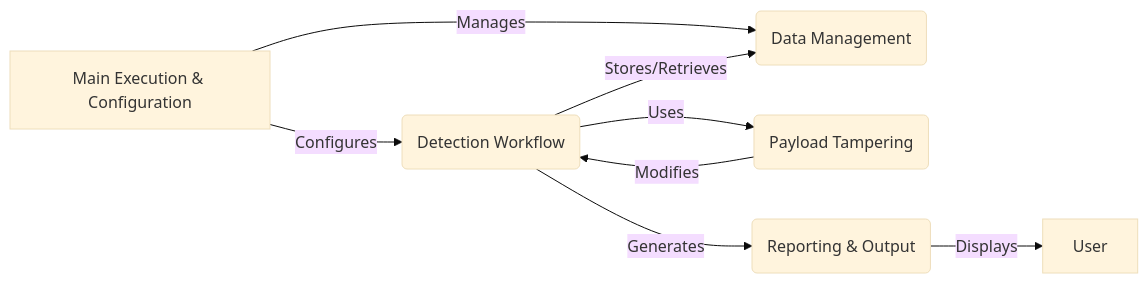
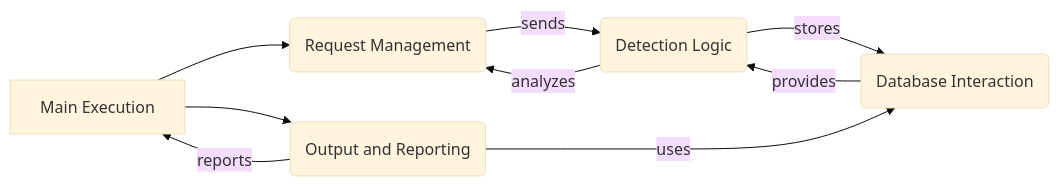
Before and after one commit to CodeBoarding/GeneratedOnBoardings: the diagram in WhatWaf/on_boarding.md, drawn with Mermaid (base theme). The commit also changed other lines of this file and 10 other files, not shown here.

````diff
--- a/WhatWaf/on_boarding.md
+++ b/WhatWaf/on_boarding.md
@@ -5,10 +5,3192 @@
 ```mermaid
 graph LR
-    A[Main Execution & Configuration] -- Configures --> B(Detection Workflow)
-    A -- Manages --> C(Data Management)
-    B -- Uses --> D(Payload Tampering)
-    B -- Stores/Retrieves --> C
-    B -- Generates --> E(Reporting & Output)
-    D -- Modifies --> B
-    E -- Displays --> User
+    A[Main Execution] --> B(Request Management) 
+    A --> E(Output and Reporting)
+    B -- "sends" --> C(Detection Logic)
+    C -- "analyzes" --> B
+    C -- "stores" --> D(Database Interaction)
+    D -- "provides" --> C
+    E -- "uses" --> D
+    E -- "reports" --> A
+
+
+
+
+
+
+
+
+
+
+
+
+
+
+
+
+
+
+
+
+
+
+
+
+
+
+
+
+
+
+
+
+
+
+
+
+
+
+
+
+
+
+
+
+
+
+
+
+
+
+
+
+
+
+
+
+
+
+
+
+
+
+
+
+
+
+
+
+
+
+
+
+
+
+
+
+
+
+
+
+
+
+
+
+
+
+
+
+
+
+
+
+
+
+
+
+
+
+
+
+
+
+
+
+
+
+
+
+
+
+
+
+
+
+
+
+
+
+
+
+
+
+
+
+
+
+
+
+
+
+
+
+
+
+
+
+
+
+
+
+
+
+
+
+
+
+
+
+
+
+
+
+
+
+
+
+
+
+
+
+
+
+
+
+
+
+
+
+
+
+
+
+
+
+
+
+
+
+
+
+
+
+
+
+
+
+
+
+
+
+
+
+
+
+
+
+
+
+
+
+
+
+
+
+
+
+
+
+
+
+
+
+
+
+
+
+
+
+
+
+
+
+
+
+
+
+
+
+
+
+
+
+
+
+
+
+
+
+
+
+
+
+
+
+
+
+
+
+
+
+
+
+
+
+
+
+
+
+
+
+
+
+
+
+
+
+
+
+
+
+
+
+
+
+
+
+
+
+
+
+
+
+
+
+
+
+
+
+
+
+
+
+
+
+
+
+
+
+
+
+
+
+
+
+
+
+
+
+
+
+
+
+
+
+
+
+
+
+
+
+
+
+
+
+
+
+
+
+
+
+
+
+
+
+
+
+
+
+
+
+
+
+
+
+
+
+
+
+
+
+
+
+
+
+
+
+
+
+
+
+
+
+
+
+
+
+
+
+
+
+
+
+
+
+
+
+
+
+
+
+
+
+
+
+
+
+
+
+
+
+
+
+
+
+
+
+
+
+
+
+
+
+
+
+
+
+
+
+
+
+
+
+
+
+
+
+
+
+
+
+
+
+
+
+
+
+
+
+
+
+
+
+
+
+
+
+
+
+
+
+
+
+
+
+
+
+
+
+
+
+
+
+
+
+
+
+
+
+
+
+
+
+
+
+
+
+
+
+
+
+
+
+
+
+
+
+
+
+
+
+
+
+
+
+
+
+
+
+
+
+
+
+
+
+
+
+
+
+
+
+
+
+
+
+
+
+
+
+
+
+
+
+
+
+
+
+
+
+
+
+
+
+
+
+
+
+
+
+
+
+
+
+
+
+
+
+
+
+
+
+
+
+
+
+
+
+
+
+
+
+
+
+
+
+
+
+
+
+
+
+
+
+
+
+
+
+
+
+
+
+
+
+
+
+
+
+
+
+
+
+
+
+
+
+
+
+
+
+
+
+
+
+
+
+
+
+
+
+
+
+
+
+
+
+
+
+
+
+
+
+
+
+
+
+
+
+
+
+
+
+
+
+
+
+
+
+
+
+
+
+
+
+
+
+
+
+
+
+
+
+
+
+
+
+
+
+
+
+
+
+
+
+
+
+
+
+
+
+
+
+
+
+
+
+
+
+
+
+
+
+
+
+
+
+
+
+
+
+
+
+
+
+
+
+
+
+
+
+
+
+
+
+
+
+
+
+
+
+
+
+
+
+
+
+
+
+
+
+
+
+
+
+
+
+
+
+
+
+
+
+
+
+
+
+
+
+
+
+
+
+
+
+
+
+
+
+
+
+
+
+
+
+
+
+
+
+
+
+
+
+
+
+
+
+
+
+
+
+
+
+
+
+
+
+
+
+
+
+
+
+
+
+
+
+
+
+
+
+
+
+
+
+
+
+
+
+
+
+
+
+
+
+
+
+
+
+
+
+
+
+
+
+
+
+
+
+
+
+
+
+
+
+
+
+
+
+
+
+
+
+
+
+
+
+
+
+
+
+
+
+
+
+
+
+
+
+
+
+
+
+
+
+
+
+
+
+
+
+
+
+
+
+
+
+
+
+
+
+
+
+
+
+
+
+
+
+
+
+
+
+
+
+
+
+
+
+
+
+
+
+
+
+
+
+
+
+
+
+
+
+
+
+
+
+
+
+
+
+
+
+
+
+
+
+
+
+
+
+
+
+
+
+
+
+
+
+
+
+
+
+
+
+
+
+
+
+
+
+
+
+
+
+
+
+
+
+
+
+
+
+
+
+
+
+
+
+
+
+
+
+
+
+
+
+
+
+
+
+
+
+
+
+
+
+
+
+
+
+
+
+
+
+
+
+
+
+
+
+
+
+
+
+
+
+
+
+
+
+
+
+
+
+
+
+
+
+
+
+
+
+
+
+
+
+
+
+
+
+
+
+
+
+
+
+
+
+
+
+
+
+
+
+
+
+
+
+
+
+
+
+
+
+
+
+
+
+
+
+
+
+
+
+
+
+
+
+
+
+
+
+
+
+
+
+
+
+
+
+
+
+
+
+
+
+
+
+
+
+
+
+
+
+
+
+
+
+
+
+
+
+
+
+
+
+
+
+
+
+
+
+
+
+
+
+
+
+
+
+
+
+
+
+
+
+
+
+
+
+
+
+
+
+
+
+
+
+
+
+
+
+
+
+
+
+
+
+
+
+
+
+
+
+
+
+
+
+
+
+
+
+
+
+
+
+
+
+
+
+
+
+
+
+
+
+
+
+
+
+
+
+
+
+
+
+
+
+
+
+
+
+
+
+
+
+
+
+
+
+
+
+
+
+
+
+
+
+
+
+
+
+
+
+
+
+
+
+
+
+
+
+
+
+
+
+
+
+
+
+
+
+
+
+
+
+
+
+
+
+
+
+
+
+
+
+
+
+
+
+
+
+
+
+
+
+
+
+
+
+
+
+
+
+
+
+
+
+
+
+
+
+
+
+
+
+
+
+
+
+
+
+
+
+
+
+
+
+
+
+
+
+
+
+
+
+
+
+
+
+
+
+
+
+
+
+
+
+
+
+
+
+
+
+
+
+
+
+
+
+
+
+
+
+
+
+
+
+
+
+
+
+
+
+
+
+
+
+
+
+
+
+
+
+
+
+
+
+
+
+
+
+
+
+
+
+
+
+
+
+
+
+
+
+
+
+
+
+
+
+
+
+
+
+
+
+
+
+
+
+
+
+
+
+
+
+
+
+
+
+
+
+
+
+
+
+
+
+
+
+
+
+
+
+
+
+
+
+
+
+
+
+
+
+
+
+
+
+
+
+
+
+
+
+
+
+
+
+
+
+
+
+
+
+
+
+
+
+
+
+
+
+
+
+
+
+
+
+
+
+
+
+
+
+
+
+
+
+
+
+
+
+
+
+
+
+
+
+
+
+
+
+
+
+
+
+
+
+
+
+
+
+
+
+
+
+
+
+
+
+
+
+
+
+
+
+
+
+
+
+
+
+
+
+
+
+
+
+
+
+
+
+
+
+
+
+
+
+
+
+
+
+
+
+
+
+
+
+
+
+
+
+
+
+
+
+
+
+
+
+
+
+
+
+
+
+
+
+
+
+
+
+
+
+
+
+
+
+
+
+
+
+
+
+
+
+
+
+
+
+
+
+
+
+
+
+
+
+
+
+
+
+
+
+
+
+
+
+
+
+
+
+
+
+
+
+
+
+
+
+
+
+
+
+
+
+
+
+
+
+
+
+
+
+
+
+
+
+
+
+
+
+
+
+
+
+
+
+
+
+
+
+
+
+
+
+
+
+
+
+
+
+
+
+
+
+
+
+
+
+
+
+
+
+
+
+
+
+
+
+
+
+
+
+
+
+
+
+
+
+
+
+
+
+
+
+
+
+
+
+
+
+
+
+
+
+
+
+
+
+
+
+
+
+
+
+
+
+
+
+
+
+
+
+
+
+
+
+
+
+
+
+
+
+
+
+
+
+
+
+
+
+
+
+
+
+
+
+
+
+
+
+
+
+
+
+
+
+
+
+
+
+
+
+
+
+
+
+
+
+
+
+
+
+
+
+
+
+
+
+
+
+
+
+
+
+
+
+
+
+
+
+
+
+
+
+
+
+
+
+
+
+
+
+
+
+
+
+
+
+
+
+
+
+
+
+
+
+
+
+
+
+
+
+
+
+
+
+
+
+
+
+
+
+
+
+
+
+
+
+
+
+
+
+
+
+
+
+
+
+
+
+
+
+
+
+
+
+
+
+
+
+
+
+
+
+
+
+
+
+
+
+
+
+
+
+
+
+
+
+
+
+
+
+
+
+
+
+
+
+
+
+
+
+
+
+
+
+
+
+
+
+
+
+
+
+
+
+
+
+
+
+
+
+
+
+
+
+
+
+
+
+
+
+
+
+
+
+
+
+
+
+
+
+
+
+
+
+
+
+
+
+
+
+
+
+
+
+
+
+
+
+
+
+
+
+
+
+
+
+
+
+
+
+
+
+
+
+
+
+
+
+
+
+
+
+
+
+
+
+
+
+
+
+
+
+
+
+
+
+
+
+
+
+
+
+
+
+
+
+
+
+
+
+
+
+
+
+
+
+
+
+
+
+
+
+
+
+
+
+
+
+
+
+
+
+
+
+
+
+
+
+
+
+
+
+
+
+
+
+
+
+
+
+
+
+
+
+
+
+
+
+
+
+
+
+
+
+
+
+
+
+
+
+
+
+
+
+
+
+
+
+
+
+
+
+
+
+
+
+
+
+
+
+
+
+
+
+
+
+
+
+
+
+
+
+
+
+
+
+
+
+
+
+
+
+
+
+
+
+
+
+
+
+
+
+
+
+
+
+
+
+
+
+
+
+
+
+
+
+
+
+
+
+
+
+
+
+
+
+
+
+
+
+
+
+
+
+
+
+
+
+
+
+
+
+
+
+
+
+
+
+
+
+
+
+
+
+
+
+
+
+
+
+
+
+
+
+
+
+
+
+
+
+
+
+
+
+
+
+
+
+
+
+
+
+
+
+
+
+
+
+
+
+
+
+
+
+
+
+
+
+
+
+
+
+
+
+
+
+
+
+
+
+
+
+
+
+
+
+
+
+
+
+
+
+
+
+
+
+
+
+
+
+
+
+
+
+
+
+
+
+
+
+
+
+
+
+
+
+
+
+
+
+
+
+
+
+
+
+
+
+
+
+
+
+
+
+
+
+
+
+
+
+
+
+
+
+
+
+
+
+
+
+
+
+
+
+
+
+
+
+
+
+
+
+
+
+
+
+
+
+
+
+
+
+
+
+
+
+
+
+
+
+
+
+
+
+
+
+
+
+
+
+
+
+
+
+
+
+
+
+
+
+
+
+
+
+
+
+
+
+
+
+
+
+
+
+
+
+
+
+
+
+
+
+
+
+
+
+
+
+
+
+
+
+
+
+
+
+
+
+
+
+
+
+
+
+
+
+
+
+
+
+
+
+
+
+
+
+
+
+
+
+
+
+
+
+
+
+
+
+
+
+
+
+
+
+
+
+
+
+
+
+
+
+
+
+
+
+
+
+
+
+
+
+
+
+
+
+
+
+
+
+
+
+
+
+
+
+
+
+
+
+
+
+
+
+
+
+
+
+
+
+
+
+
+
+
+
+
+
+
+
+
+
+
+
+
+
+
+
+
+
+
+
+
+
+
+
+
+
+
+
+
+
+
+
+
+
+
+
+
+
+
+
+
+
+
+
+
+
+
+
+
+
+
+
+
+
+
+
+
+
+
+
+
+
+
+
+
+
+
+
+
+
+
+
+
+
+
+
+
+
+
+
+
+
+
+
+
+
+
+
+
+
+
+
+
+
+
+
+
+
+
+
+
+
+
+
+
+
+
+
+
+
+
+
+
+
+
+
+
+
+
+
+
+
+
+
+
+
+
+
+
+
+
+
+
+
+
+
+
+
+
+
+
+
+
+
+
+
+
+
+
+
+
+
+
+
+
+
+
+
+
+
+
+
+
+
+
+
+
+
+
+
+
+
+
+
+
+
+
+
+
+
+
+
+
+
+
+
+
+
+
+
+
+
+
+
+
+
+
+
+
+
+
+
+
+
+
+
+
+
+
+
+
+
+
+
+
+
+
+
+
+
+
+
+
+
+
+
+
+
+
+
+
+
+
+
+
+
+
+
+
+
+
+
+
+
+
+
+
+
+
+
+
+
+
+
+
+
+
+
+
+
+
+
+
+
+
+
+
+
+
+
+
+
+
+
+
+
+
+
+
+
+
+
+
+
+
+
+
+
+
+
+
+
+
+
+
+
+
+
+
+
+
+
+
+
+
+
+
+
+
+
+
+
+
+
+
+
+
+
+
+
+
+
+
+
+
+
+
+
+
+
+
+
+
+
+
+
+
+
+
+
+
+
+
+
+
+
+
+
+
+
+
+
+
+
+
+
+
+
+
+
+
+
+
+
+
+
+
+
+
+
+
+
+
+
+
+
+
+
+
+
+
+
+
+
+
+
+
+
+
+
+
+
+
+
+
+
+
+
+
+
+
+
+
+
+
+
+
+
+
+
+
+
+
+
+
+
+
+
+
+
+
+
+
+
+
+
+
+
+
+
+
+
+
+
+
+
+
+
+
+
+
+
+
+
+
+
+
+
+
+
+
+
+
+
+
+
+
+
+
+
+
+
+
+
+
+
+
+
+
+
+
+
+
+
+
+
+
+
+
+
+
+
+
+
+
+
+
+
+
+
+
+
+
+
+
+
+
+
+
+
+
+
+
+
+
+
+
+
+
+
+
+
+
+
+
+
+
+
+
+
+
+
+
+
+
+
+
+
+
+
+
+
+
+
+
+
+
+
+
+
+
+
+
+
+
+
+
+
+
+
+
+
+
+
+
+
+
+
+
+
+
+
+
+
+
+
+
+
+
+
+
+
+
+
+
+
+
+
+
+
+
+
+
+
+
+
+
+
+
+
+
+
+
+
+
+
+
+
+
+
+
+
+
+
+
+
+
+
+
+
+
+
+
+
+
+
+
+
+
+
+
+
+
+
+
+
+
+
+
+
+
+
+
+
+
+
+
+
+
+
+
+
+
+
+
+
+
+
+
+
+
+
+
+
+
+
+
+
+
+
+
+
+
+
+
+
+
+
+
+
+
+
+
+
+
+
+
+
+
+
+
+
+
+
+
+
+
+
+
+
+
+
+
+
+
+
+
+
+
+
+
+
+
+
+
+
+
+
+
+
+
+
+
+
+
+
+
+
+
+
+
+
+
+
+
+
+
+
+
+
+
+
+
+
+
+
+
+
+
+
+
+
+
+
+
+
+
+
+
+
+
+
+
+
+
+
+
 ```
````
